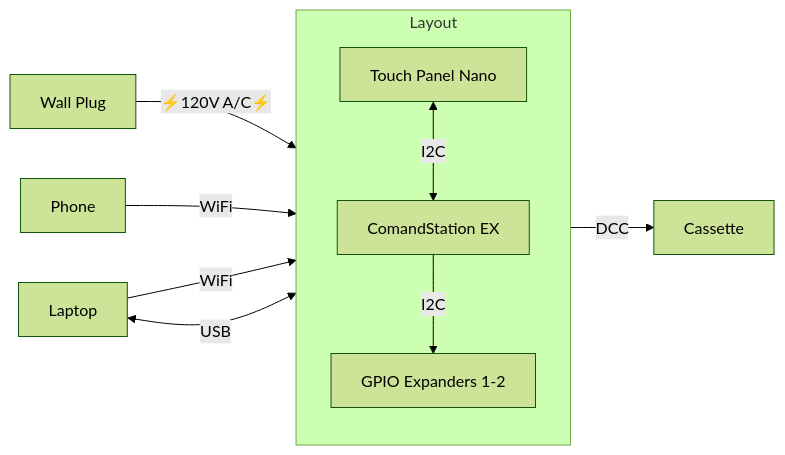
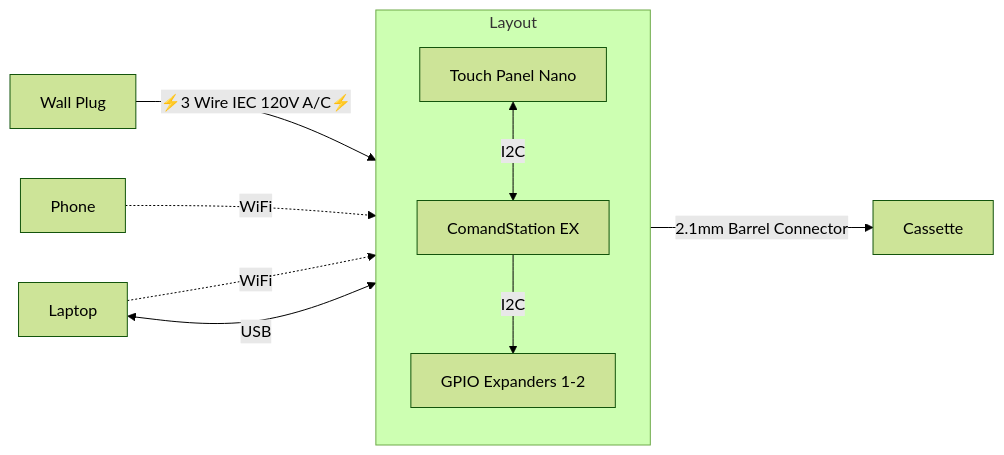
Before and after one commit to kmltechio/lumber_district: the second of 3 diagrams in README.md, drawn with Mermaid (forest theme).

````diff
--- a/README.md
+++ b/README.md
@@ -56,15 +56,15 @@
 ```mermaid
 flowchart LR
   subgraph Layout
     CmdStn[ComandStation EX]
     Touch[Touch Panel Nano]
     Gpio["GPIO Expanders 1-2"]
     Touch <-->|I2C| CmdStn
     CmdStn -->|I2C| Gpio
     end
   Wall[Wall Plug]
-  Wall -->|"⚡120V A/C⚡️"| Layout
-  Phone & Laptop -->|WiFi| Layout
+  Wall -->|"⚡3 Wire IEC 120V A/C⚡️"| Layout
+  Phone & Laptop -.->|WiFi| Layout
   Laptop <-->|USB| Layout
-  Layout -->|DCC| Cassette
+  Layout -->|2.1mm Barrel Connector| Cassette
 ```
````
